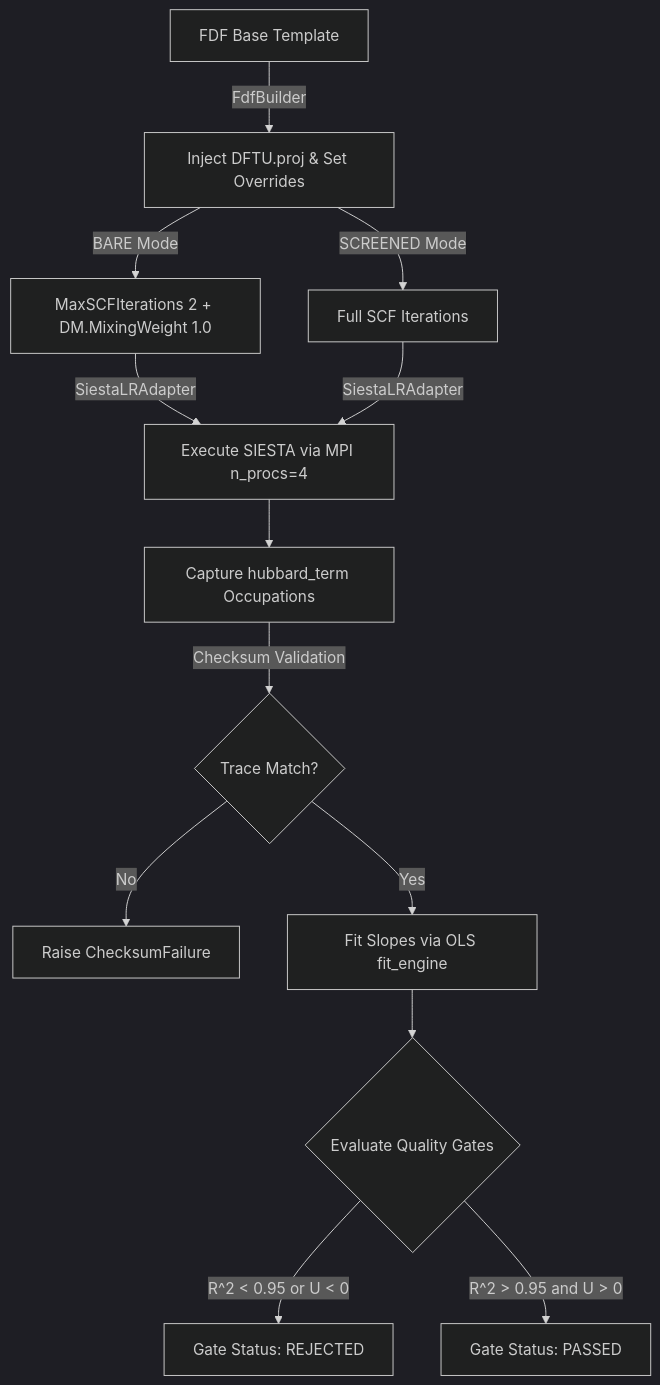
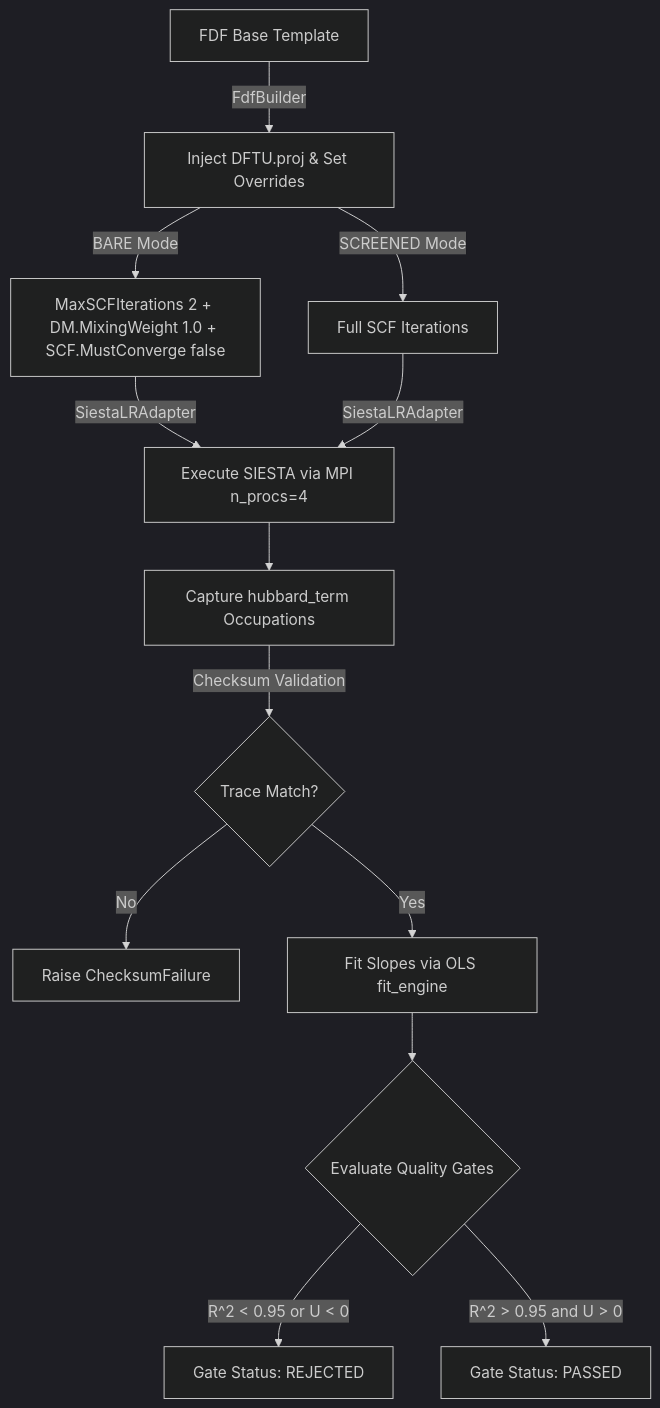
The diagram in docs/04_validation/PHYSICAL_BENCHMARK_REPORT.md (Jairomcarmona/SIESTAFLOW_HUBBARD_RESPONSE_BACKBONE), drawn with Mermaid (dark theme) before and after one commit. The commit also changed 3 other files, not shown here.

Commit message:
Prevent BARE SCF aborts on Yoltla

````diff
--- a/docs/04_validation/PHYSICAL_BENCHMARK_REPORT.md
+++ b/docs/04_validation/PHYSICAL_BENCHMARK_REPORT.md
@@ -109,17 +109,17 @@
 ```mermaid
 graph TD
     A[FDF Base Template] -->|FdfBuilder| B[Inject DFTU.proj & Set Overrides]
-    B -->|BARE Mode| C[MaxSCFIterations 2 + DM.MixingWeight 1.0]
+    B -->|BARE Mode| C[MaxSCFIterations 2 + DM.MixingWeight 1.0 + SCF.MustConverge false]
     B -->|SCREENED Mode| D[Full SCF Iterations]
     
     C & D -->|SiestaLRAdapter| E[Execute SIESTA via MPI n_procs=4]
     E --> F[Capture hubbard_term Occupations]
     
     F -->|Checksum Validation| G{Trace Match?}
     G -->|No| H[Raise ChecksumFailure]
     G -->|Yes| I[Fit Slopes via OLS fit_engine]
     
     I --> J{Evaluate Quality Gates}
     J -->|R^2 < 0.95 or U < 0| K[Gate Status: REJECTED]
     J -->|R^2 > 0.95 and U > 0| L[Gate Status: PASSED]
 ```
````
